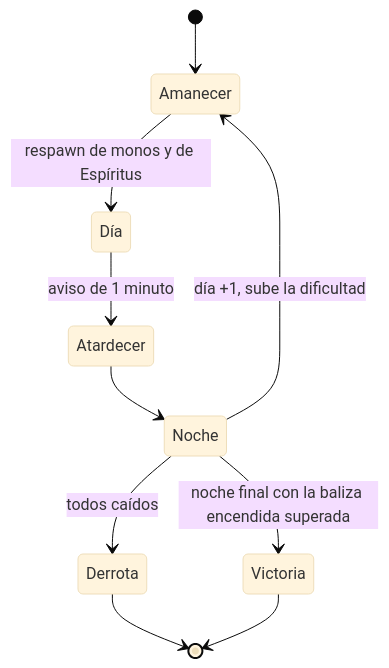
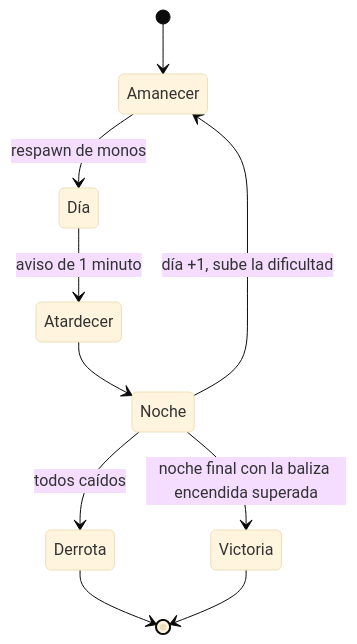
One commit to Discosofia/Monkey_Island_2026 changed the fourth of 7 diagrams in docs/GDD.md. Above: the diagram before and after it, drawn with Mermaid (base theme). The commit also changed other lines of this file and 18 other files, not shown here.

````diff
--- a/docs/GDD.md
+++ b/docs/GDD.md
@@ -124,18 +123,18 @@
 ```mermaid
 stateDiagram-v2
   state "Amanecer" as Amanecer
   state "Día" as Dia
   state "Atardecer" as Atardecer
   state "Noche" as Noche
   state "Derrota" as Derrota
   state "Victoria" as Victoria
   [*] --> Amanecer
-  Amanecer --> Dia: respawn de monos y de Espíritus
+  Amanecer --> Dia: respawn de monos
   Dia --> Atardecer: aviso de 1 minuto
   Atardecer --> Noche
   Noche --> Amanecer: día +1, sube la dificultad
   Noche --> Derrota: todos caídos
   Noche --> Victoria: noche final con la baliza encendida superada
   Derrota --> [*]
   Victoria --> [*]
 ```
````
